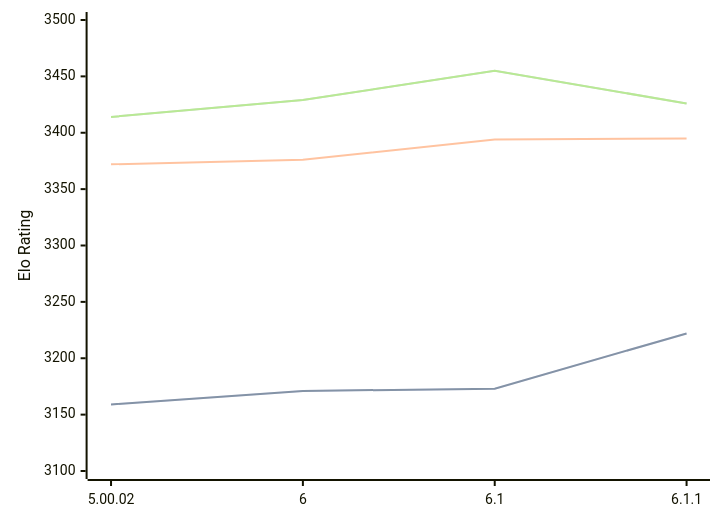
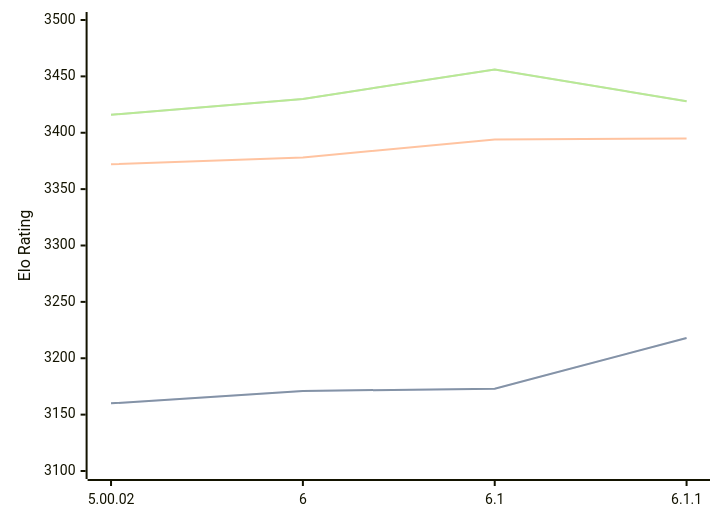
Before and after one commit to computer-chess-index/cci: the diagram in engines/Zangdar.md, drawn with Mermaid. The commit also changed other lines of this file, not shown here.

Commit message:
Update CCI Ratings (ELO VLTC) - 2026-03-28

````diff
--- a/engines/Zangdar.md
+++ b/engines/Zangdar.md
@@ -46,11 +46,11 @@
 ```mermaid
 %%{init: {"theme":"base","themeVariables":{"seriesColors:['#a3a3a3','#222221','#faa371']}}}%%
 xychart-beta
   x-axis ["5.00.02", "6", "6.1", "6.1.1"]
   y-axis "Elo Rating" 3100 --> 3500
-  line "STC (8.0+0.08s)" [3159, 3171, 3173, 3222]
-  line "STC (8.0+0.08s)" [3159, 3171, 3173, 3222]
-  line "LTC (60.0+0.60s)" [3372, 3376, 3394, 3395]
-  line "VLTC (2m24s+1.12s)" [3414, 3429, 3455, 3426]
-  line "VLTC (2m24s+1.12s)" [3414, 3429, 3455, 3426]
+  line "STC (8.0+0.08s)" [3160, 3171, 3173, 3218]
+  line "STC (8.0+0.08s)" [3160, 3171, 3173, 3218]
+  line "LTC (60.0+0.60s)" [3372, 3378, 3394, 3395]
+  line "VLTC (2m24s+1.12s)" [3416, 3430, 3456, 3428]
+  line "VLTC (2m24s+1.12s)" [3416, 3430, 3456, 3428]
 ```
````
